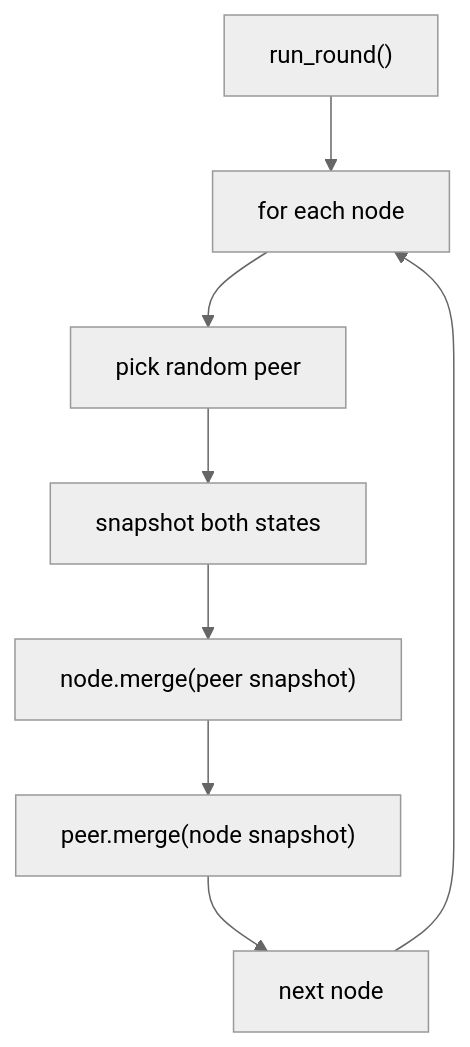
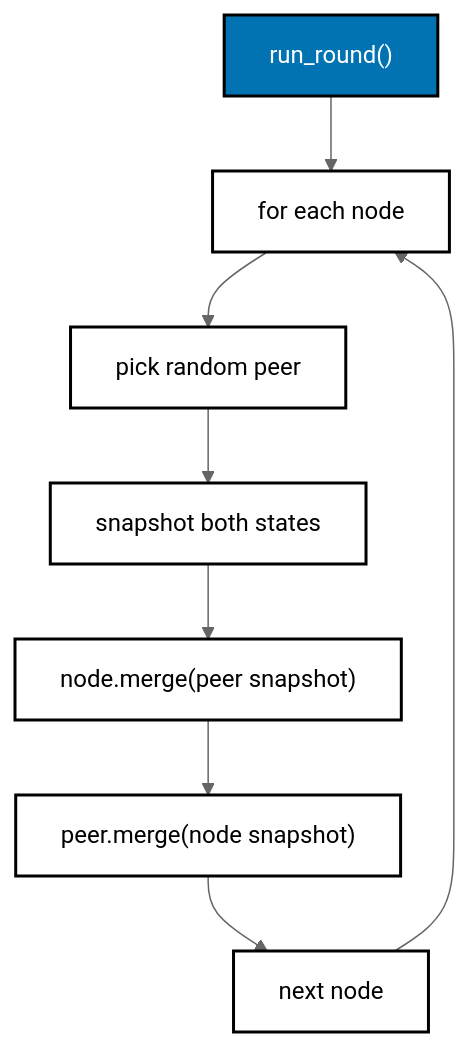
Before and after one commit to wahidyankf/grind-in-public: the first of 2 diagrams in drill/system-design-algos/in-python/algo_13_gossip_protocol.md, drawn with Mermaid (neutral theme). The commit also changed other lines of this file and 22 other files, not shown here.

First line of the commit message:
docs: use accessible palette in mermaid diagrams

````diff
--- a/drill/system-design-algos/in-python/algo_13_gossip_protocol.md
+++ b/drill/system-design-algos/in-python/algo_13_gossip_protocol.md
@@ -32,14 +32,19 @@
 ```mermaid
 flowchart TD
   accTitle: Gossip run round
   accDescr {
     Shows one round, where each node picks a random peer and both sides merge the other's snapshot.
   }
   A["run_round()"] --> B["for each node"]
   B --> C["pick random peer"]
   C --> D["snapshot both states"]
   D --> E["node.merge(peer snapshot)"]
   E --> F["peer.merge(node snapshot)"]
   F --> G["next node"]
   G --> B
+  classDef default fill:#FFFFFF,stroke:#000000,color:#000000,stroke-width:2px
+  classDef blue fill:#0173B2,stroke:#000000,color:#FFFFFF,stroke-width:2px
+  classDef orange fill:#DE8F05,stroke:#000000,color:#000000,stroke-width:2px
+  classDef teal fill:#029E73,stroke:#000000,color:#000000,stroke-width:2px
+  class A blue
 ```
````
